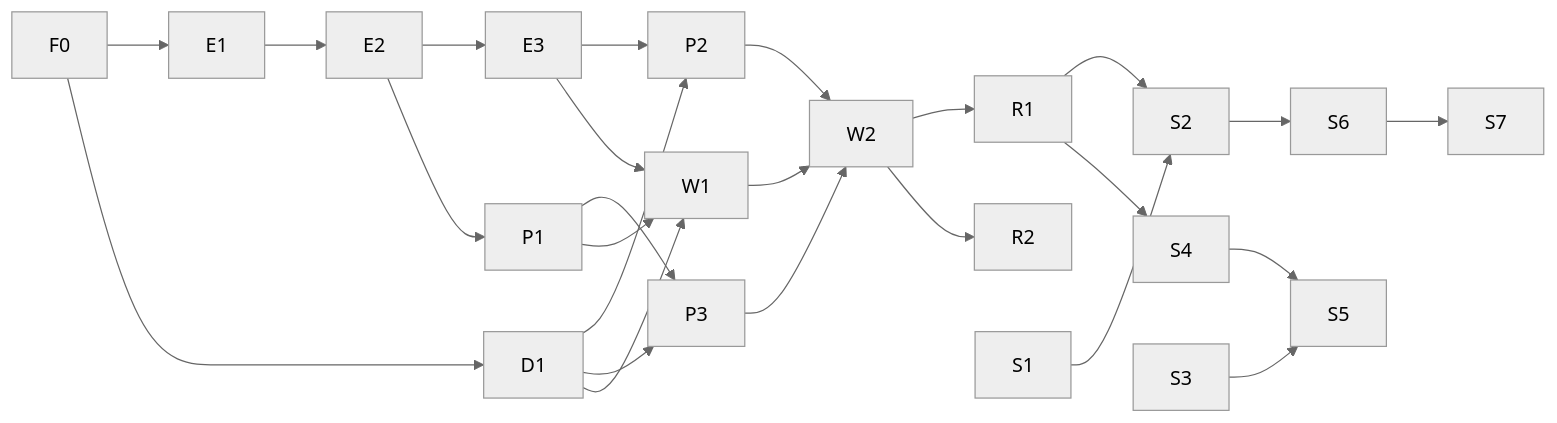
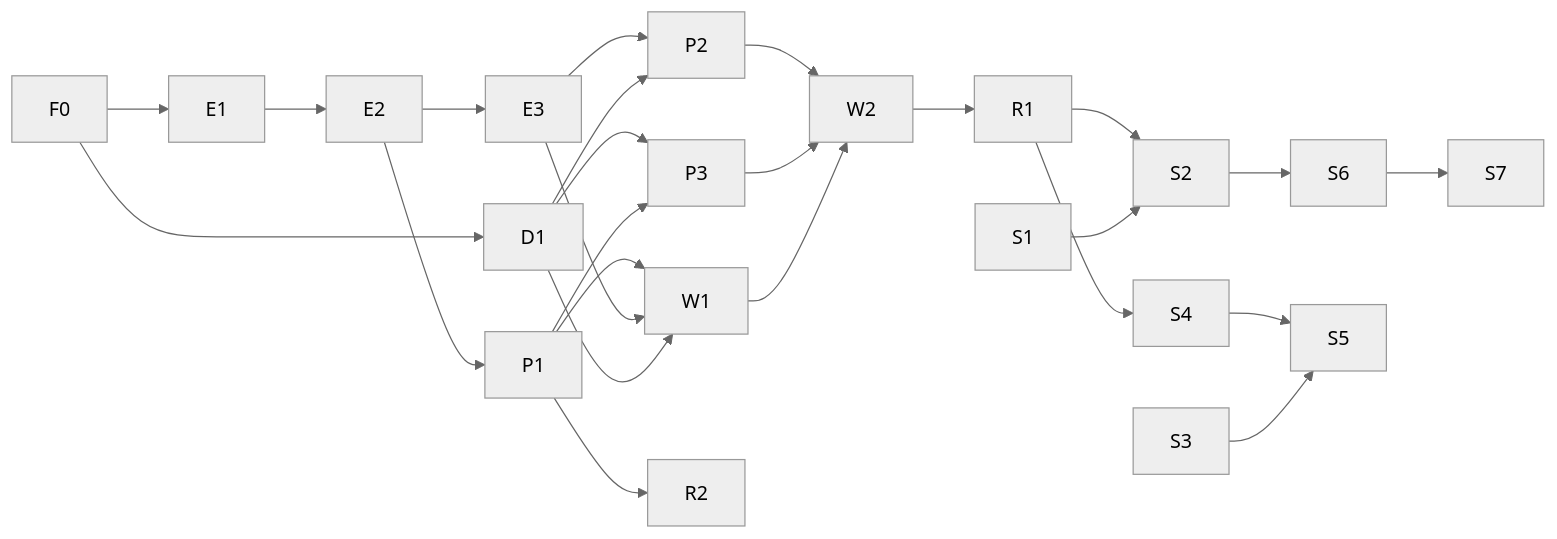
One commit to synergy-services-cooling-tower/drafthouse changed the diagram in docs/architecture/restart/issues.md. Above: the diagram before and after it, drawn with Mermaid (neutral theme). The commit also changed other lines of this file and 9 other files, not shown here.

First line of the commit message:
docs(architecture): revise the restart ADR (#1)

````diff
--- a/docs/architecture/restart/issues.md
+++ b/docs/architecture/restart/issues.md
@@ -7,20 +12,20 @@
 ```mermaid
 flowchart LR
   F0 --> E1 --> E2 --> E3
   F0 --> D1
   E2 --> P1
   E3 --> P2
   D1 --> P2
   D1 --> P3
   P1 --> P3
   P1 --> W1
   E3 --> W1
   D1 --> W1
   P2 --> W2
   P3 --> W2
   W1 --> W2 --> R1 --> S2
-  W2 --> R2
+  P1 --> R2
   S1 --> S2 --> S6 --> S7
   R1 --> S4 --> S5
   S3 --> S5
 ```
````
